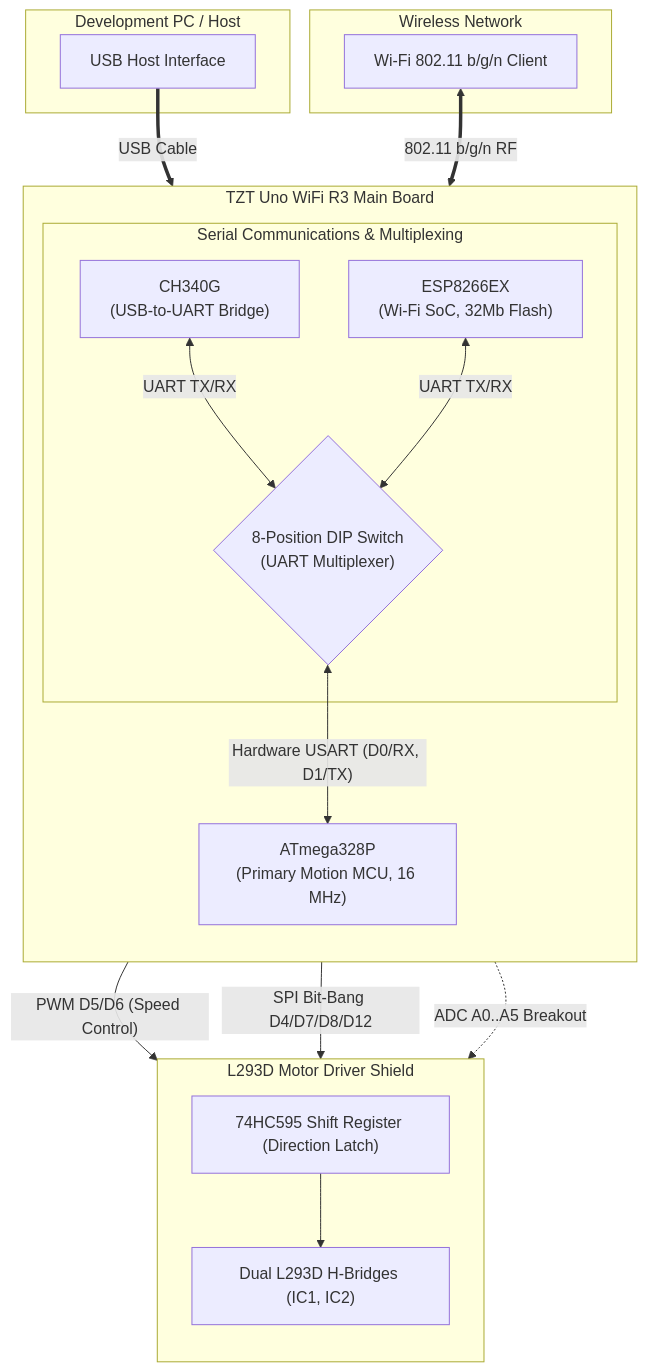
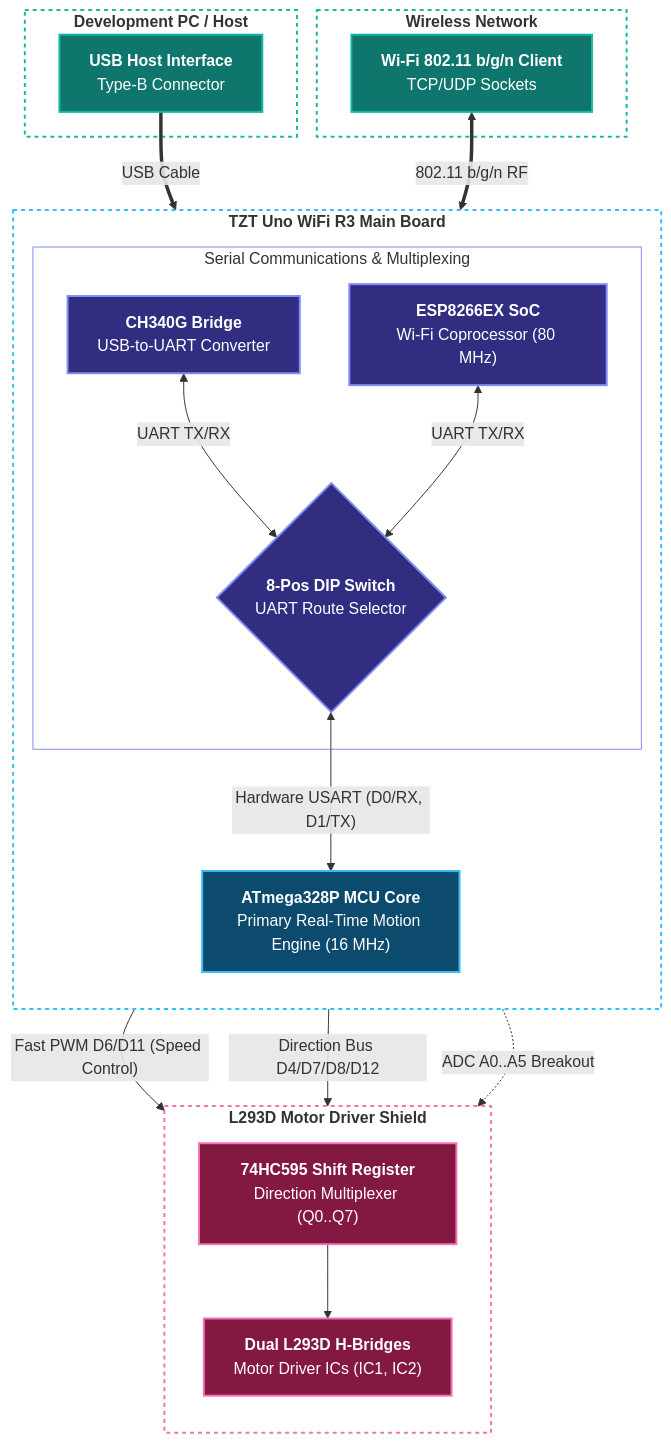
The diagram in hw/main_board.md (dof2bot/trackedbot), drawn with Mermaid before and after one commit. The commit also changed 8 other files, not shown here.

````diff
--- a/hw/main_board.md
+++ b/hw/main_board.md
@@ -170,40 +170,56 @@
 ```mermaid
 flowchart TD
-    subgraph Host ["Development PC / Host"]
-        USB["USB Host Interface"]
+    subgraph Host ["<b>Development PC / Host</b>"]
+        USB["<b>USB Host Interface</b><br/>Type-B Connector"]
     end
 
-    subgraph Network ["Wireless Network"]
-        WIFI["Wi-Fi 802.11 b/g/n Client"]
+    subgraph Network ["<b>Wireless Network</b>"]
+        WIFI["<b>Wi-Fi 802.11 b/g/n Client</b><br/>TCP/UDP Sockets"]
     end
 
-    subgraph UnoBoard ["TZT Uno WiFi R3 Main Board"]
+    subgraph UnoBoard ["<b>TZT Uno WiFi R3 Main Board</b>"]
         direction TB
 
         subgraph CommLayer ["Serial Communications & Multiplexing"]
-            CH340G["CH340G<br/>(USB-to-UART Bridge)"]
-            DIP{"8-Position DIP Switch<br/>(UART Multiplexer)"}
-            ESP["ESP8266EX<br/>(Wi-Fi SoC, 32Mb Flash)"]
+            CH340G["<b>CH340G Bridge</b><br/>USB-to-UART Converter"]
+            DIP{"<b>8-Pos DIP Switch</b><br/>UART Route Selector"}
+            ESP["<b>ESP8266EX SoC</b><br/>Wi-Fi Coprocessor (80 MHz)"]
         end
 
-        ATMEGA["ATmega328P<br/>(Primary Motion MCU, 16 MHz)"]
+        ATMEGA["<b>ATmega328P MCU Core</b><br/>Primary Real-Time Motion Engine (16 MHz)"]
 
         CH340G <-->|"UART TX/RX"| DIP
         ESP <-->|"UART TX/RX"| DIP
         DIP <-->|"Hardware USART (D0/RX, D1/TX)"| ATMEGA
     end
 
-    subgraph MotorShield ["L293D Motor Driver Shield"]
+    subgraph MotorShield ["<b>L293D Motor Driver Shield</b>"]
         direction TB
-        L293D_CTRL["74HC595 Shift Register (Direction Latch)"]
-        L293D_DRV["Dual L293D H-Bridges (IC1, IC2)"]
+        L293D_CTRL["<b>74HC595 Shift Register</b><br/>Direction Multiplexer (Q0..Q7)"]
+        L293D_DRV["<b>Dual L293D H-Bridges</b><br/>Motor Driver ICs (IC1, IC2)"]
         L293D_CTRL --> L293D_DRV
     end
 
     USB ==>|"USB Cable"| CH340G
     WIFI <==>|"802.11 b/g/n RF"| ESP
 
-    ATMEGA -->|"PWM D5/D6 (Speed Control)"| L293D_DRV
-    ATMEGA -->|"SPI Bit-Bang D4/D7/D8/D12"| L293D_CTRL
+    ATMEGA -->|"Fast PWM D6/D11 (Speed Control)"| L293D_DRV
+    ATMEGA -->|"Direction Bus D4/D7/D8/D12"| L293D_CTRL
     ATMEGA -.->|"ADC A0..A5 Breakout"| MotorShield
+
+    classDef hostStyle fill:#0f766e,stroke:#14b8a6,stroke-width:2px,color:#ffffff;
+    classDef commStyle fill:#312e81,stroke:#818cf8,stroke-width:2px,color:#ffffff;
+    classDef mcuStyle fill:#0c4a6e,stroke:#38bdf8,stroke-width:2px,color:#ffffff;
+    classDef shieldStyle fill:#831843,stroke:#f472b6,stroke-width:2px,color:#ffffff;
+
+    class USB,WIFI hostStyle;
+    class CH340G,DIP,ESP commStyle;
+    class ATMEGA mcuStyle;
+    class L293D_CTRL,L293D_DRV shieldStyle;
+
+    style Host fill:none,stroke:#14b8a6,stroke-width:2px,stroke-dasharray: 4 4
+    style Network fill:none,stroke:#14b8a6,stroke-width:2px,stroke-dasharray: 4 4
+    style UnoBoard fill:none,stroke:#38bdf8,stroke-width:2px,stroke-dasharray: 4 4
+    style CommLayer fill:none,stroke:#818cf8,stroke-width:1px
+    style MotorShield fill:none,stroke:#f472b6,stroke-width:2px,stroke-dasharray: 4 4
 ```
````
